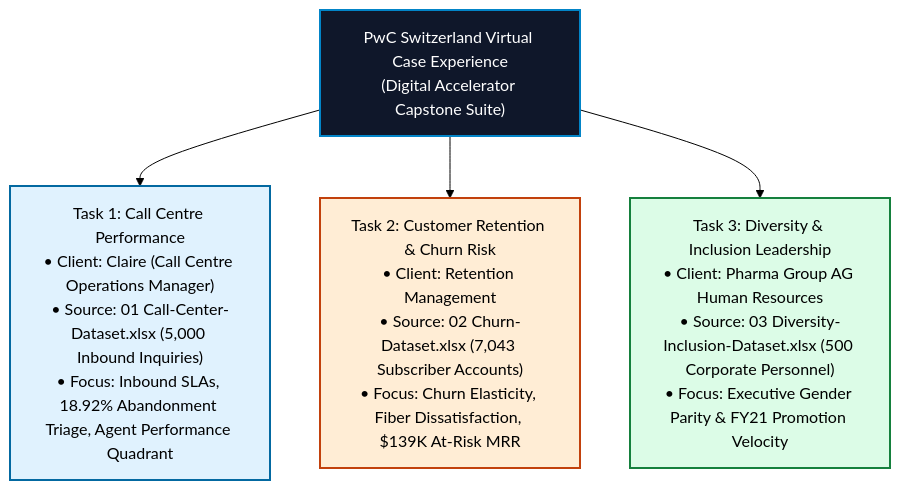
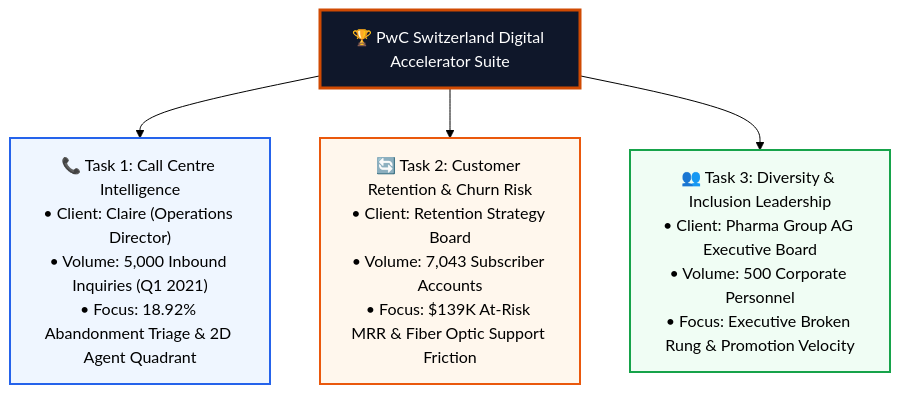
One commit to Sohila-Khaled-Abbas/pwc-switzerland-virtual-case changed the first of 2 diagrams in README.md. Above: the diagram before and after it, drawn with Mermaid (forest theme). The commit also changed other lines of this file and 10 other files, not shown here.

````diff
--- a/README.md
+++ b/README.md
@@ -14,17 +28,17 @@
 ```mermaid
 flowchart TD
-    PWC["PwC Switzerland Virtual Case Experience\n(Digital Accelerator Capstone Suite)"]
+    PWC["🏆 PwC Switzerland Digital Accelerator Suite"]
     
-    T1["Task 1: Call Centre Performance\n• Client: Claire (Call Centre Operations Manager)\n• Source: 01 Call-Center-Dataset.xlsx (5,000 Inbound Inquiries)\n• Focus: Inbound SLAs, 18.92% Abandonment Triage, Agent Performance Quadrant"]
-    T2["Task 2: Customer Retention & Churn Risk\n• Client: Retention Management\n• Source: 02 Churn-Dataset.xlsx (7,043 Subscriber Accounts)\n• Focus: Churn Elasticity, Fiber Dissatisfaction, $139K At-Risk MRR"]
-    T3["Task 3: Diversity & Inclusion Leadership\n• Client: Pharma Group AG Human Resources\n• Source: 03 Diversity-Inclusion-Dataset.xlsx (500 Corporate Personnel)\n• Focus: Executive Gender Parity & FY21 Promotion Velocity"]
+    T1["📞 Task 1: Call Centre Intelligence\n• Client: Claire (Operations Director)\n• Volume: 5,000 Inbound Inquiries (Q1 2021)\n• Focus: 18.92% Abandonment Triage & 2D Agent Quadrant"]
+    T2["🔄 Task 2: Customer Retention & Churn Risk\n• Client: Retention Strategy Board\n• Volume: 7,043 Subscriber Accounts\n• Focus: $139K At-Risk MRR & Fiber Optic Support Friction"]
+    T3["👥 Task 3: Diversity & Inclusion Leadership\n• Client: Pharma Group AG Executive Board\n• Volume: 500 Corporate Personnel\n• Focus: Executive Broken Rung & Promotion Velocity"]
     
     PWC --> T1
     PWC --> T2
     PWC --> T3
     
-    style PWC fill:#0f172a,color:#fff,stroke:#0284c7,stroke-width:2px
-    style T1 fill:#e0f2fe,stroke:#0369a1,stroke-width:2px
-    style T2 fill:#ffedd5,stroke:#c2410c,stroke-width:2px
-    style T3 fill:#dcfce7,stroke:#15803d,stroke-width:2px
+    style PWC fill:#0f172a,color:#fff,stroke:#d04a02,stroke-width:3px
+    style T1 fill:#eff6ff,stroke:#2563eb,stroke-width:2px
+    style T2 fill:#fff7ed,stroke:#ea580c,stroke-width:2px
+    style T3 fill:#f0fdf4,stroke:#16a34a,stroke-width:2px
 ```
````
